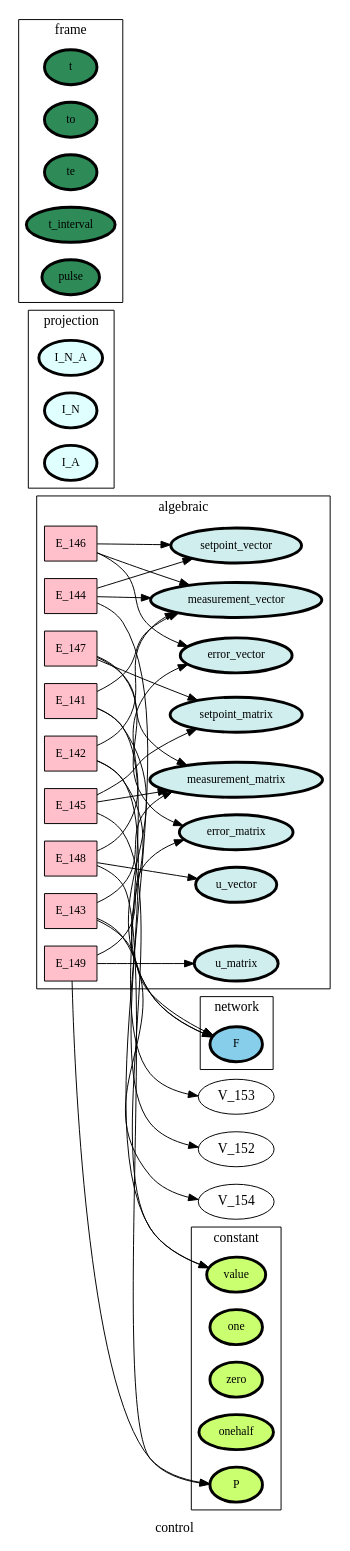
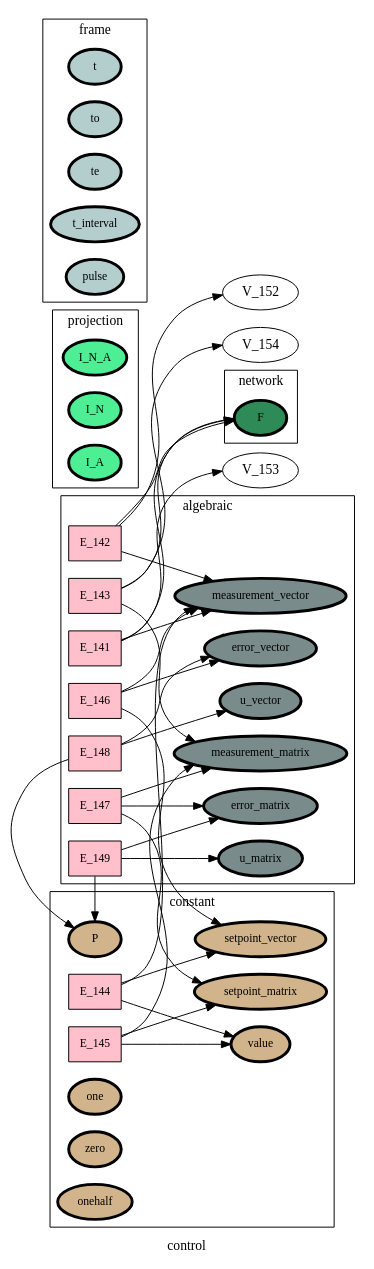
One commit to heinz-preisig/sandbox21 changed the diagram in ontology_graphs/graph__control.dot. Above: the diagram before and after it, drawn with Graphviz. The commit also changed 35 other files, not shown here.

```diff
--- a/ontology_graphs/graph__control.dot
+++ b/ontology_graphs/graph__control.dot
@@ -1,122 +1,117 @@
 digraph control {
 label=control;
 rankdir=LR;
 subgraph cluster_control___dataFlow {
 label=dataFlow;
 rankdir=LR;
 }
 
 subgraph cluster_control___input {
 label=input;
 rankdir=LR;
 }
 
 subgraph cluster_control___output {
 label=output;
 rankdir=LR;
 }
 
 subgraph cluster_control___network {
 label=network;
 rankdir=LR;
-V_10 [fillcolor=skyblue, fontsize=12, label=F, penwidth=3, style=filled];
+V_10 [fillcolor=seagreen4, fontsize=12, label=F, penwidth=3, style=filled];
 }
 
 subgraph cluster_control___projection {
 label=projection;
 rankdir=LR;
-V_48 [fillcolor=lightcyan, fontsize=12, label=I_N_A, penwidth=3, style=filled];
-V_96 [fillcolor=lightcyan, fontsize=12, label=I_N, penwidth=3, style=filled];
-V_97 [fillcolor=lightcyan, fontsize=12, label=I_A, penwidth=3, style=filled];
+V_48 [fillcolor=seagreen2, fontsize=12, label=I_N_A, penwidth=3, style=filled];
+V_96 [fillcolor=seagreen2, fontsize=12, label=I_N, penwidth=3, style=filled];
+V_97 [fillcolor=seagreen2, fontsize=12, label=I_A, penwidth=3, style=filled];
 }
 
 subgraph cluster_control___localIndex {
 label=localIndex;
 rankdir=LR;
 }
 
 subgraph cluster_control___frame {
 label=frame;
 rankdir=LR;
-V_4 [fillcolor=seagreen4, fontsize=12, label=t, penwidth=3, style=filled];
-V_5 [fillcolor=seagreen4, fontsize=12, label=to, penwidth=3, style=filled];
-V_6 [fillcolor=seagreen4, fontsize=12, label=te, penwidth=3, style=filled];
-V_7 [fillcolor=seagreen4, fontsize=12, label=t_interval, penwidth=3, style=filled];
-V_9 [fillcolor=seagreen4, fontsize=12, label=pulse, penwidth=3, style=filled];
+V_4 [fillcolor=lightcyan3, fontsize=12, label=t, penwidth=3, style=filled];
+V_5 [fillcolor=lightcyan3, fontsize=12, label=to, penwidth=3, style=filled];
+V_6 [fillcolor=lightcyan3, fontsize=12, label=te, penwidth=3, style=filled];
+V_7 [fillcolor=lightcyan3, fontsize=12, label=t_interval, penwidth=3, style=filled];
+V_9 [fillcolor=lightcyan3, fontsize=12, label=pulse, penwidth=3, style=filled];
 }
 
 subgraph cluster_control___state {
 label=state;
 rankdir=LR;
 }
 
+E_144 -> V_1  [splines=ortho];
+E_144 -> V_155  [splines=ortho];
+E_145 -> V_1  [splines=ortho];
+E_145 -> V_156  [splines=ortho];
 subgraph cluster_control___constant {
 label=constant;
 rankdir=LR;
-V_1 [fillcolor=darkolivegreen1, fontsize=12, label=value, penwidth=3, style=filled];
-V_2 [fillcolor=darkolivegreen1, fontsize=12, label=one, penwidth=3, style=filled];
-V_3 [fillcolor=darkolivegreen1, fontsize=12, label=zero, penwidth=3, style=filled];
-V_8 [fillcolor=darkolivegreen1, fontsize=12, label=onehalf, penwidth=3, style=filled];
-V_159 [fillcolor=darkolivegreen1, fontsize=12, label=P, penwidth=3, style=filled];
+V_1 [fillcolor=tan, fontsize=12, label=value, penwidth=3, style=filled];
+V_157 [fillcolor=tan, fontsize=12, label=setpoint_vector, penwidth=3, style=filled];
+V_158 [fillcolor=tan, fontsize=12, label=setpoint_matrix, penwidth=3, style=filled];
+V_159 [fillcolor=tan, fontsize=12, label=P, penwidth=3, style=filled];
+V_2 [fillcolor=tan, fontsize=12, label=one, penwidth=3, style=filled];
+V_3 [fillcolor=tan, fontsize=12, label=zero, penwidth=3, style=filled];
+V_8 [fillcolor=tan, fontsize=12, label=onehalf, penwidth=3, style=filled];
+E_144 [fillcolor=pink, fontsize=12, shape=box, style=filled];
+E_144 -> V_157  [splines=ortho];
+E_145 [fillcolor=pink, fontsize=12, shape=box, style=filled];
+E_145 -> V_158  [splines=ortho];
 }
 
 subgraph cluster_control___diffState {
 label=diffState;
 rankdir=LR;
 }
 
 E_141 -> V_10  [splines=ortho];
 E_141 -> V_153  [splines=ortho];
 E_142 -> V_10  [splines=ortho];
 E_142 -> V_152  [splines=ortho];
 E_143 -> V_10  [splines=ortho];
 E_143 -> V_154  [splines=ortho];
-E_144 -> V_1  [splines=ortho];
-E_144 -> V_155  [splines=ortho];
-E_145 -> V_1  [splines=ortho];
-E_145 -> V_156  [splines=ortho];
 E_146 -> V_155  [splines=ortho];
 E_146 -> V_157  [splines=ortho];
 E_147 -> V_156  [splines=ortho];
 E_147 -> V_158  [splines=ortho];
 E_148 -> V_159  [splines=ortho];
 E_148 -> V_160  [splines=ortho];
 E_149 -> V_159  [splines=ortho];
 E_149 -> V_161  [splines=ortho];
 subgraph cluster_control___algebraic {
 label=algebraic;
 rankdir=LR;
-V_155 [fillcolor=lightcyan2, fontsize=12, label=measurement_vector, penwidth=3, style=filled];
-V_156 [fillcolor=lightcyan2, fontsize=12, label=measurement_matrix, penwidth=3, style=filled];
-V_157 [fillcolor=lightcyan2, fontsize=12, label=setpoint_vector, penwidth=3, style=filled];
-V_158 [fillcolor=lightcyan2, fontsize=12, label=setpoint_matrix, penwidth=3, style=filled];
-V_160 [fillcolor=lightcyan2, fontsize=12, label=error_vector, penwidth=3, style=filled];
-V_161 [fillcolor=lightcyan2, fontsize=12, label=error_matrix, penwidth=3, style=filled];
-V_162 [fillcolor=lightcyan2, fontsize=12, label=u_vector, penwidth=3, style=filled];
-V_163 [fillcolor=lightcyan2, fontsize=12, label=u_matrix, penwidth=3, style=filled];
+V_155 [fillcolor=lightcyan4, fontsize=12, label=measurement_vector, penwidth=3, style=filled];
+V_156 [fillcolor=lightcyan4, fontsize=12, label=measurement_matrix, penwidth=3, style=filled];
+V_160 [fillcolor=lightcyan4, fontsize=12, label=error_vector, penwidth=3, style=filled];
+V_161 [fillcolor=lightcyan4, fontsize=12, label=error_matrix, penwidth=3, style=filled];
+V_162 [fillcolor=lightcyan4, fontsize=12, label=u_vector, penwidth=3, style=filled];
+V_163 [fillcolor=lightcyan4, fontsize=12, label=u_matrix, penwidth=3, style=filled];
 E_141 [fillcolor=pink, fontsize=12, shape=box, style=filled];
 E_141 -> V_155  [splines=ortho];
 E_142 [fillcolor=pink, fontsize=12, shape=box, style=filled];
 E_142 -> V_155  [splines=ortho];
 E_143 [fillcolor=pink, fontsize=12, shape=box, style=filled];
 E_143 -> V_156  [splines=ortho];
-E_144 [fillcolor=pink, fontsize=12, shape=box, style=filled];
-E_144 -> V_157  [splines=ortho];
-E_145 [fillcolor=pink, fontsize=12, shape=box, style=filled];
-E_145 -> V_158  [splines=ortho];
 E_146 [fillcolor=pink, fontsize=12, shape=box, style=filled];
 E_146 -> V_160  [splines=ortho];
 E_147 [fillcolor=pink, fontsize=12, shape=box, style=filled];
 E_147 -> V_161  [splines=ortho];
 E_148 [fillcolor=pink, fontsize=12, shape=box, style=filled];
 E_148 -> V_162  [splines=ortho];
 E_149 [fillcolor=pink, fontsize=12, shape=box, style=filled];
 E_149 -> V_163  [splines=ortho];
 }
 
-subgraph cluster_control___get {
-label=get;
-rankdir=LR;
 }
-
-}
```
